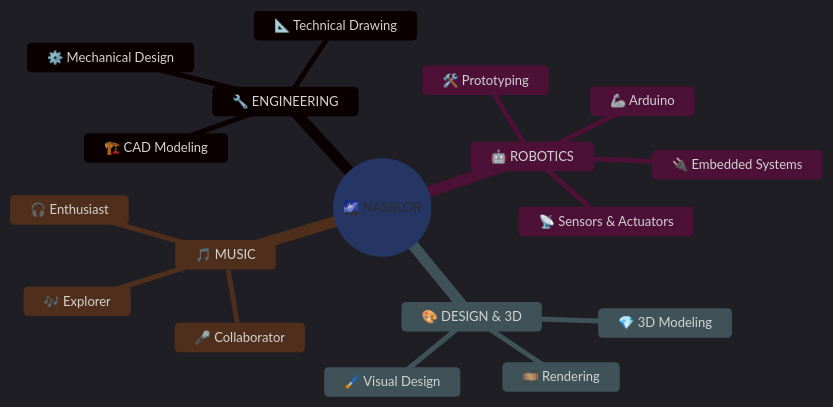
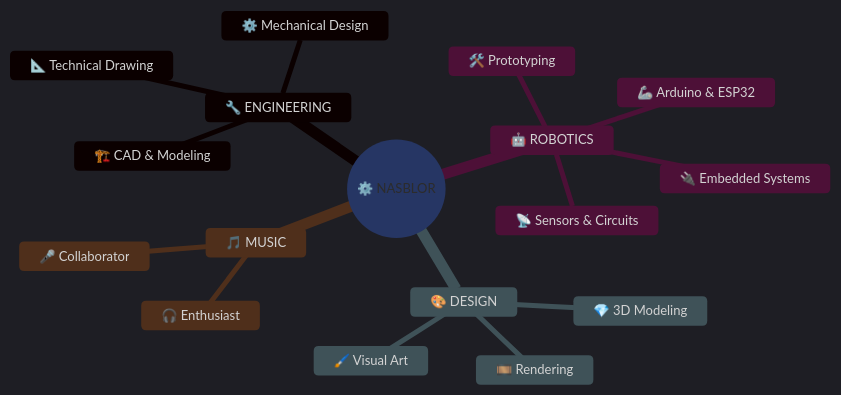
Before and after one commit to nasblor/nasblor: the first of 4 diagrams in readme.md, drawn with Mermaid. The commit also changed other lines of this file, not shown here.

````diff
--- a/readme.md
+++ b/readme.md
@@ -13,22 +11,21 @@
 ```mermaid
-%%{init:{'theme':'dark','themeVariables':{'primaryColor':'#3b82f6','primaryTextColor':'#fff','primaryBorderColor':'#7dd3fc','lineColor':'#60a5fa','secondaryColor':'#0a0e1a','tertiaryColor':'#0c1a3d','fontSize':'13px'}}}%%
+%%{init:{'theme':'dark','themeVariables':{'primaryColor':'#3b82f6','primaryTextColor':'#e0f2fe','primaryBorderColor':'#7dd3fc','lineColor':'#60a5fa','secondaryColor':'#0a0e1a','tertiaryColor':'#0f1f42','fontSize':'13px'}}}%%
 mindmap
-  root((🌌 NASBLOR))
+  root((⚙️ NASBLOR))
     🔧 ENGINEERING
+      📐 Technical Drawing
+      🏗️ CAD & Modeling
       ⚙️ Mechanical Design
-      📐 Technical Drawing
-      🏗️ CAD Modeling
     🤖 ROBOTICS
-      🦾 Arduino
+      🦾 Arduino & ESP32
       🔌 Embedded Systems
-      📡 Sensors & Actuators
+      📡 Sensors & Circuits
       🛠️ Prototyping
-    🎨 DESIGN & 3D
+    🎨 DESIGN
       💎 3D Modeling
       🎞️ Rendering
-      🖌️ Visual Design
+      🖌️ Visual Art
     🎵 MUSIC
       🎧 Enthusiast
       🎤 Collaborator
-      🎶 Explorer
 ```
````
